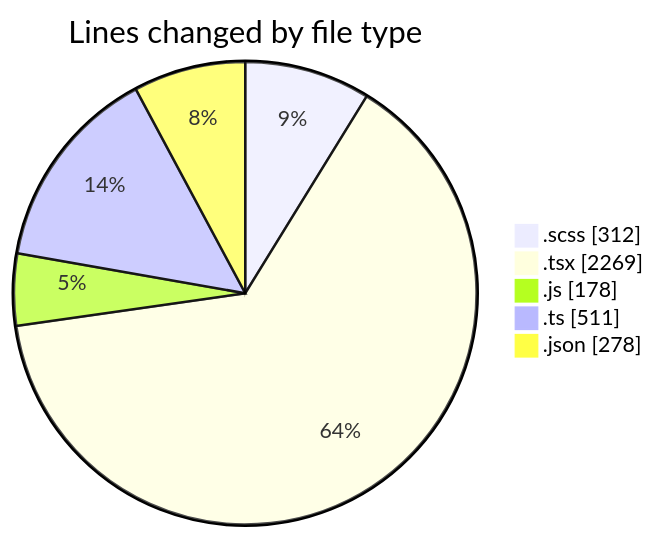
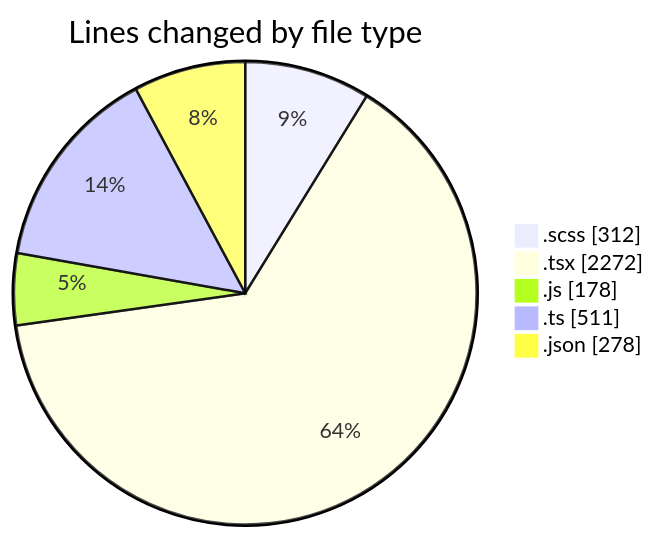
One commit to momahboobian/code-tracking changed the first of 2 diagrams in 2026-08-10/cda/README.md. Above: the diagram before and after it, drawn with Mermaid. The commit also changed other lines of this file and 1 other file, not shown here.

````diff
--- a/2026-08-10/cda/README.md
+++ b/2026-08-10/cda/README.md
@@ -32,9 +32,9 @@
 ```mermaid
 pie showData
 title Lines changed by file type
 ".scss" : 312
-".tsx" : 2269
+".tsx" : 2272
 ".js" : 178
 ".ts" : 511
 ".json" : 278
 ```
````
